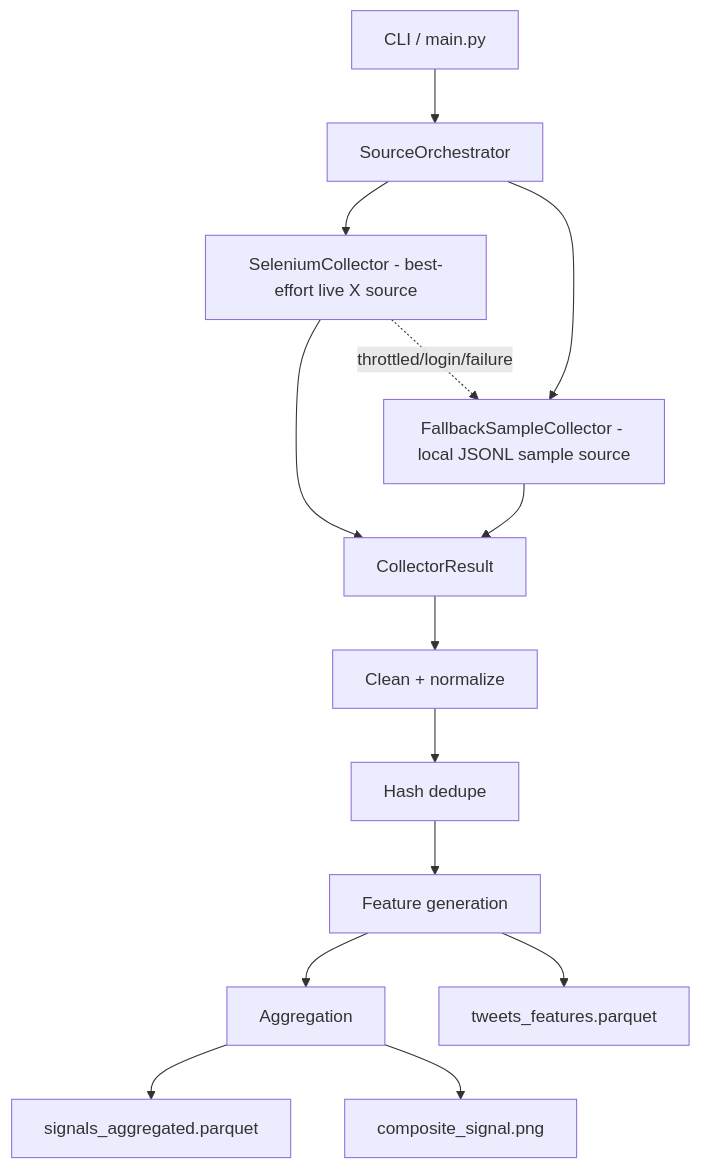
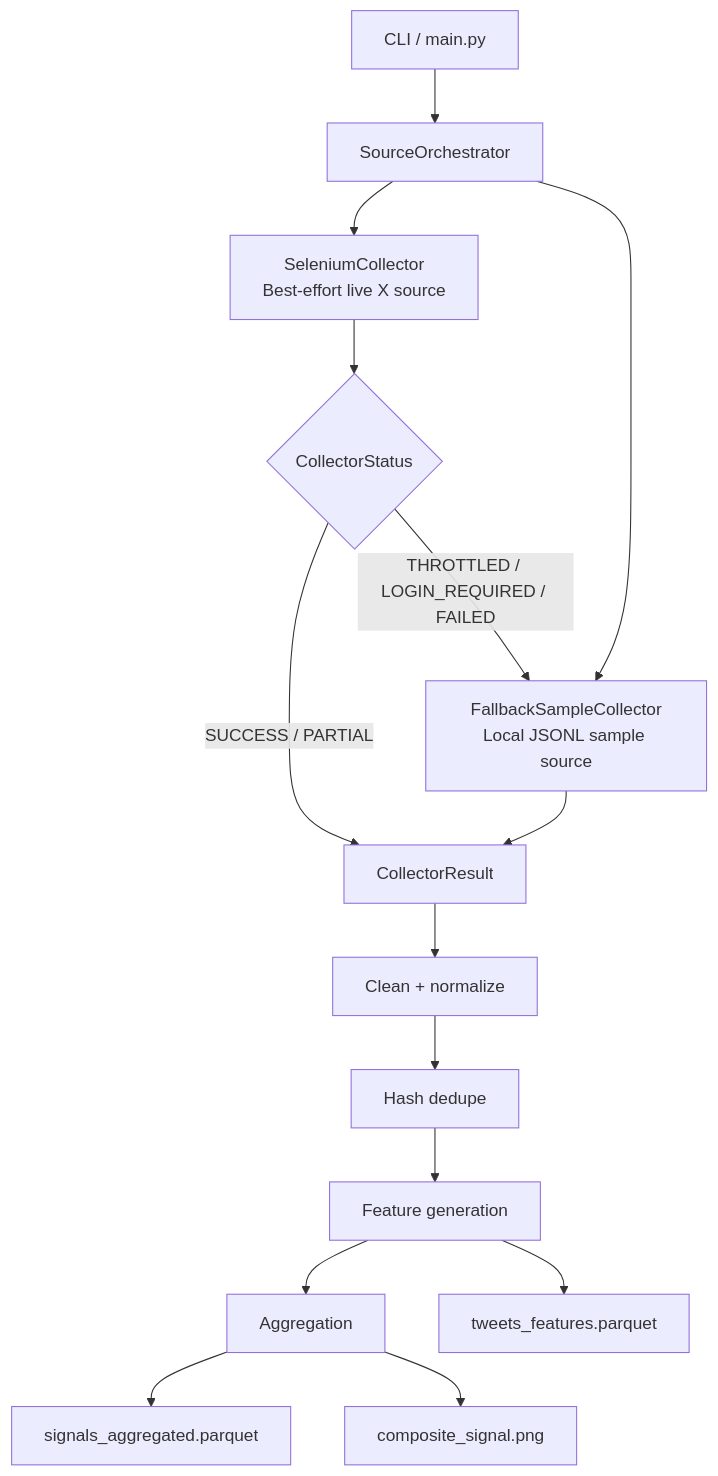
Before and after one commit to rahul23aug/quodeadvisors: the diagram in README.md, drawn with Mermaid. The commit also changed 1 other file, not shown here.

Commit message:
docs: clarify source fallback diagram

````diff
--- a/README.md
+++ b/README.md
@@ -23,16 +23,17 @@
 ```mermaid
 flowchart TD
     A[CLI / main.py] --> B[SourceOrchestrator]
-    B --> C[SeleniumCollector - best-effort live X source]
-    B --> D[FallbackSampleCollector - local JSONL sample source]
-    C --> E[CollectorResult]
-    D --> E
-    E --> F[Clean + normalize]
-    F --> G[Hash dedupe]
-    G --> H[Feature generation]
-    H --> I[Aggregation]
-    H --> J[tweets_features.parquet]
-    I --> K[signals_aggregated.parquet]
-    I --> L[composite_signal.png]
-    C -. throttled/login/failure .-> D
+    B --> C[SeleniumCollector<br/>Best-effort live X source]
+    B --> D[FallbackSampleCollector<br/>Local JSONL sample source]
+    C --> E{CollectorStatus}
+    E -->|SUCCESS / PARTIAL| F[CollectorResult]
+    E -->|THROTTLED / LOGIN_REQUIRED / FAILED| D
+    D --> F
+    F --> G[Clean + normalize]
+    G --> H[Hash dedupe]
+    H --> I[Feature generation]
+    I --> J[Aggregation]
+    I --> K[tweets_features.parquet]
+    J --> L[signals_aggregated.parquet]
+    J --> M[composite_signal.png]
 ```
````
